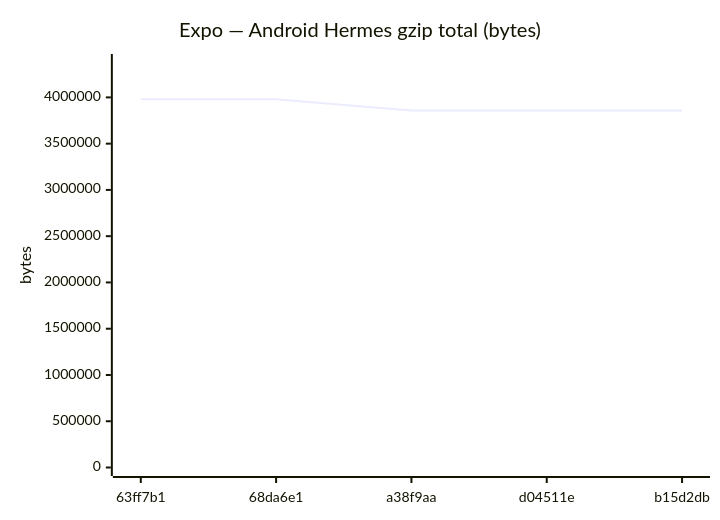
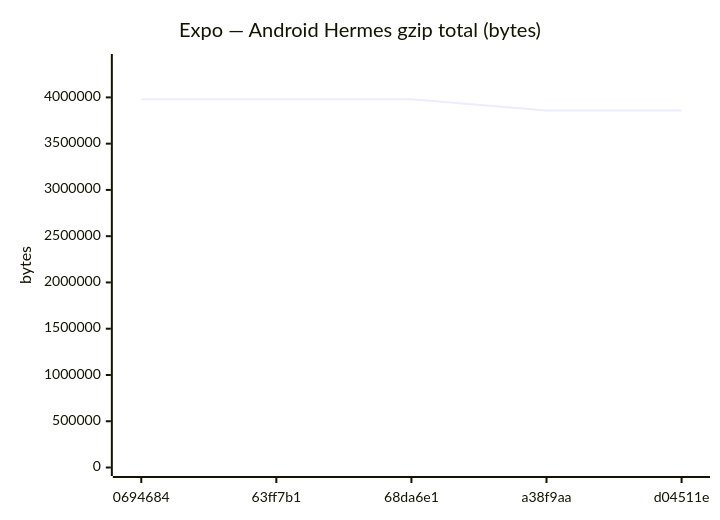
Diagram 11 of 18 in benchmarks/compare.md (Metaheurist/Rianell), drawn with Mermaid before and after one commit. The commit also changed other lines of this file and 11 other files, not shown here.

````diff
--- a/benchmarks/compare.md
+++ b/benchmarks/compare.md
@@ -172,7 +172,7 @@
 ```mermaid
 xychart-beta
     title "Expo — Android Hermes gzip total (bytes)"
-    x-axis ["63ff7b1", "68da6e1", "a38f9aa", "d04511e", "b15d2db"]
+    x-axis ["0694684", "63ff7b1", "68da6e1", "a38f9aa", "d04511e"]
     y-axis "bytes" 0 --> 4377096
-    line [3979178, 3979178, 3858192, 3858192, 3858195]
+    line [3979178, 3979178, 3979178, 3858192, 3858192]
 ```
````
